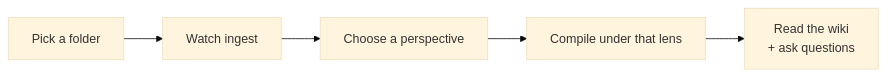
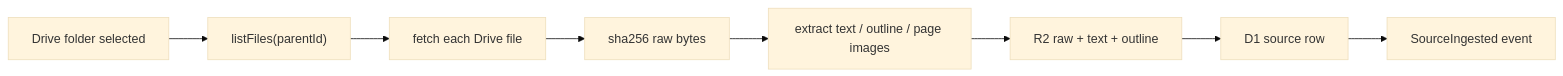
The first of 3 diagrams in docs/architecture/code-tour.md (tonestrike/knowledge-base-wiki), drawn with Mermaid (base theme) before and after one commit. The commit also changed other lines of this file and 15 other files, not shown here.

````diff
--- a/docs/architecture/code-tour.md
+++ b/docs/architecture/code-tour.md
@@ -281,7 +144,11 @@
 ```mermaid
 flowchart LR
-    A["Pick a folder"] --> B["Watch ingest"]
-    B --> C["Choose a perspective"]
-    C --> D["Compile under that lens"]
-    D --> E["Read the wiki<br/>+ ask questions"]
+    A["Drive folder selected"] --> B["listFiles(parentId)"]
+    B --> C["fetch each Drive file"]
+    C --> D["sha256 raw bytes"]
+    D --> E["extract text / outline / page images"]
+    E --> F["R2 raw + text + outline"]
+    F --> G["D1 source row"]
+    G --> H["SourceIngested event"]
+
 ```
````
